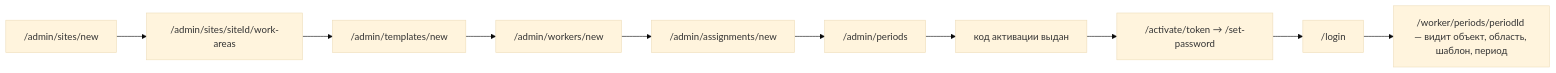
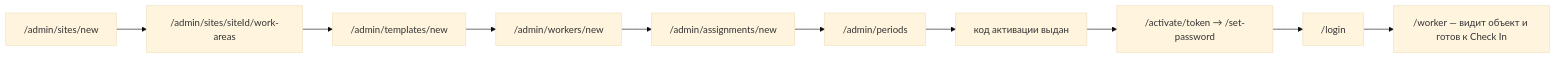
Before and after one commit to Hamec01/titangroup: the second of 4 diagrams in docs/titanor-time/01_SCREEN_MAP.md, drawn with Mermaid (base theme). The commit also changed other lines of this file and 2 other files, not shown here.

````diff
--- a/docs/titanor-time/01_SCREEN_MAP.md
+++ b/docs/titanor-time/01_SCREEN_MAP.md
@@ -849,12 +885,12 @@
 ```mermaid
 flowchart LR
     S1["/admin/sites/new"] --> S2["/admin/sites/siteId/work-areas"]
     S2 --> S3["/admin/templates/new"]
     S3 --> S4["/admin/workers/new"]
     S4 --> S5["/admin/assignments/new"]
     S5 --> S6["/admin/periods"]
     S6 --> S7["код активации выдан"]
     S7 --> S8["/activate/token → /set-password"]
     S8 --> S9["/login"]
-    S9 --> S10["/worker/periods/periodId — видит объект, область, шаблон, период"]
+    S9 --> S10["/worker — видит объект и готов к Check In"]
 ```
````
